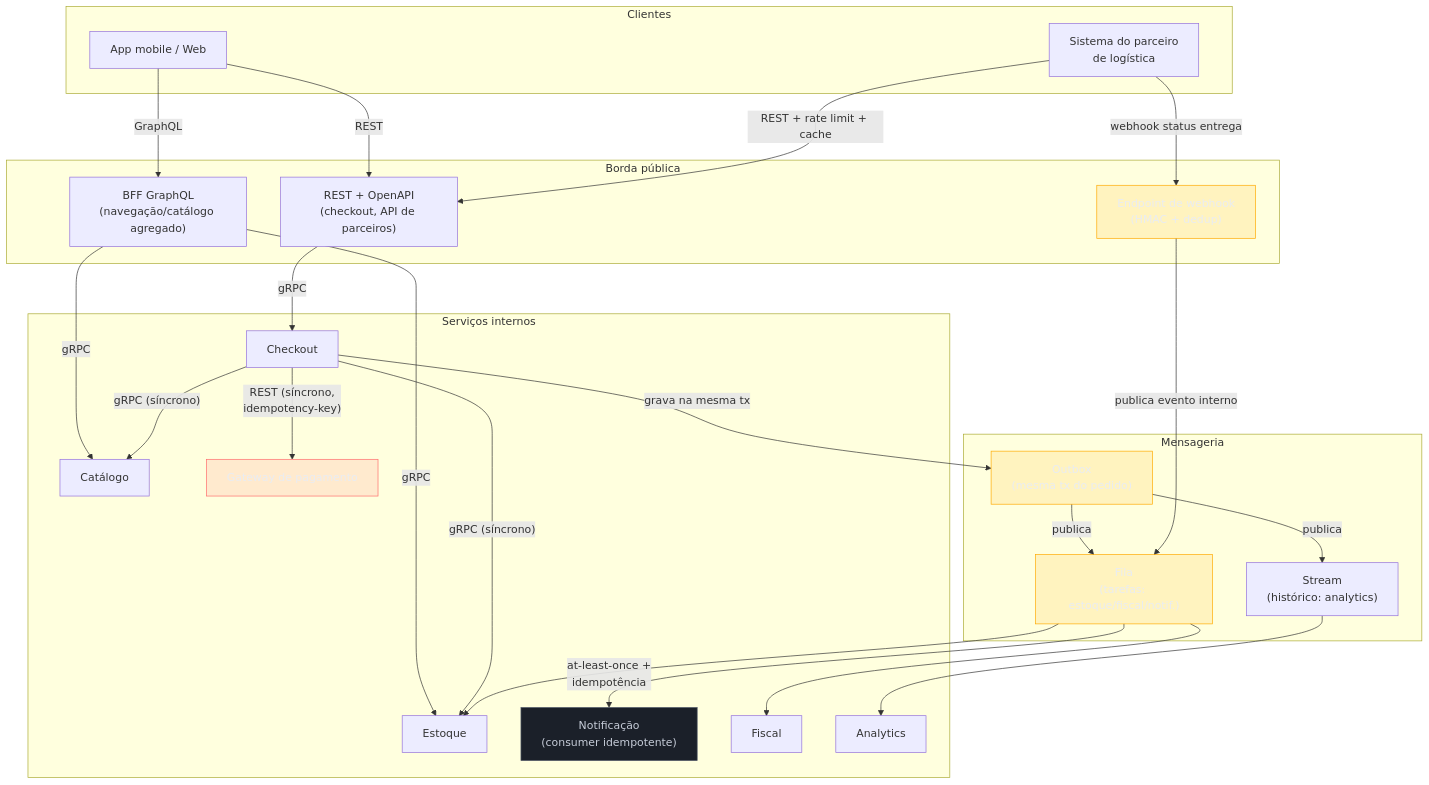
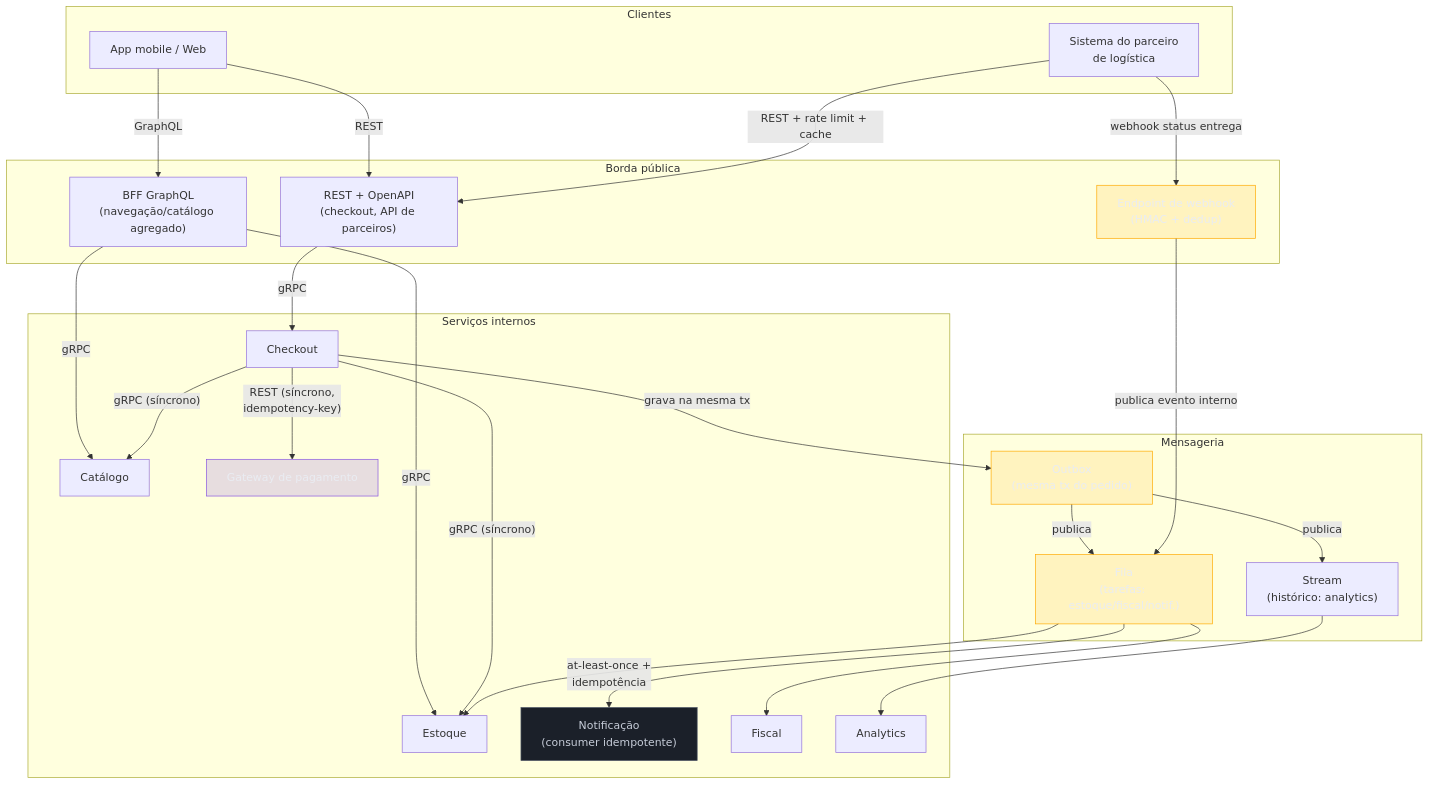
Before and after one commit to josenaldo/codex-technomanticus: the fourth of 4 diagrams in 03-Dominios/Engenharia/Comunicação entre Sistemas/Desenhando a comunicação de um sistema do zero.md, drawn with Mermaid. The commit also changed 601 other files, not shown here.

````diff
--- a/03-Dominios/Engenharia/Comunicação entre Sistemas/Desenhando a comunicação de um sistema do zero.md
+++ b/03-Dominios/Engenharia/Comunicação entre Sistemas/Desenhando a comunicação de um sistema do zero.md
@@ -215,60 +215,60 @@
 ```mermaid
 graph TB
-    classDef falha fill:#FF6B6B24,stroke:#FF6B6B,color:#E9ECF2
+    classDef marca fill:#8855DF33,stroke:#8855DF,color:#E9ECF2
     classDef destaque fill:#FFAA0024,stroke:#FFAA00,color:#E9ECF2
     classDef neutro fill:#1B2029,stroke:#4E5666,color:#C6CCD8
     subgraph Clientes["Clientes"]
         App["App mobile / Web"]
         Parceiro["Sistema do parceiro<br/>de logística"]
     end
 
     subgraph Borda["Borda pública"]
         BFF["BFF GraphQL<br/>(navegação/catálogo agregado)"]
         RESTpub["REST + OpenAPI<br/>(checkout, API de parceiros)"]
         WH["Endpoint de webhook<br/>(HMAC + dedup)"]
     end
 
     subgraph Internos["Serviços internos"]
         CO["Checkout"]
         CAT["Catálogo"]
         EST["Estoque"]
         PAG["Gateway de pagamento"]
         NOT["Notificação<br/>(consumer idempotente)"]
         FIS["Fiscal"]
         AN["Analytics"]
     end
 
     subgraph Msg["Mensageria"]
         OUT["Outbox<br/>(mesma tx do pedido)"]
         FILA["Fila<br/>(tarefas: estoque/fiscal/notif.)"]
         STREAM["Stream<br/>(histórico: analytics)"]
     end
 
     App -->|"GraphQL"| BFF
     App -->|"REST"| RESTpub
     Parceiro -->|"REST + rate limit + cache"| RESTpub
     Parceiro -->|"webhook status entrega"| WH
 
     BFF -->|"gRPC"| CAT
     BFF -->|"gRPC"| EST
     RESTpub -->|"gRPC"| CO
     CO -->|"gRPC (síncrono)"| EST
     CO -->|"gRPC (síncrono)"| CAT
     CO -->|"REST (síncrono,<br/>idempotency-key)"| PAG
 
     CO -->|"grava na mesma tx"| OUT
     OUT -->|"publica"| FILA
     OUT -->|"publica"| STREAM
     WH -->|"publica evento interno"| FILA
 
     FILA -->|"at-least-once +<br/>idempotência"| NOT
     FILA --> EST
     FILA --> FIS
     STREAM --> AN
 
-    class PAG falha
+    class PAG marca
     class OUT destaque
     class FILA destaque
     class WH destaque
     class NOT neutro
 ```
````
